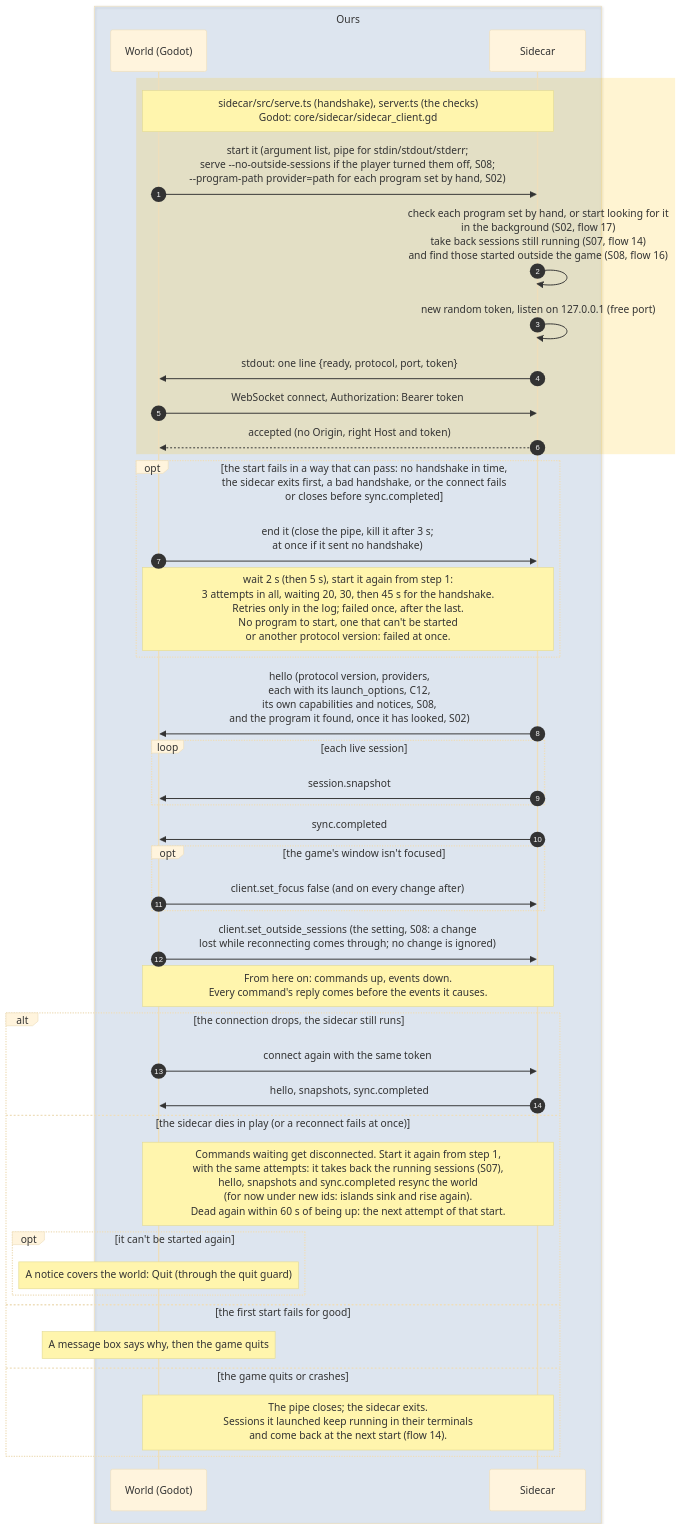
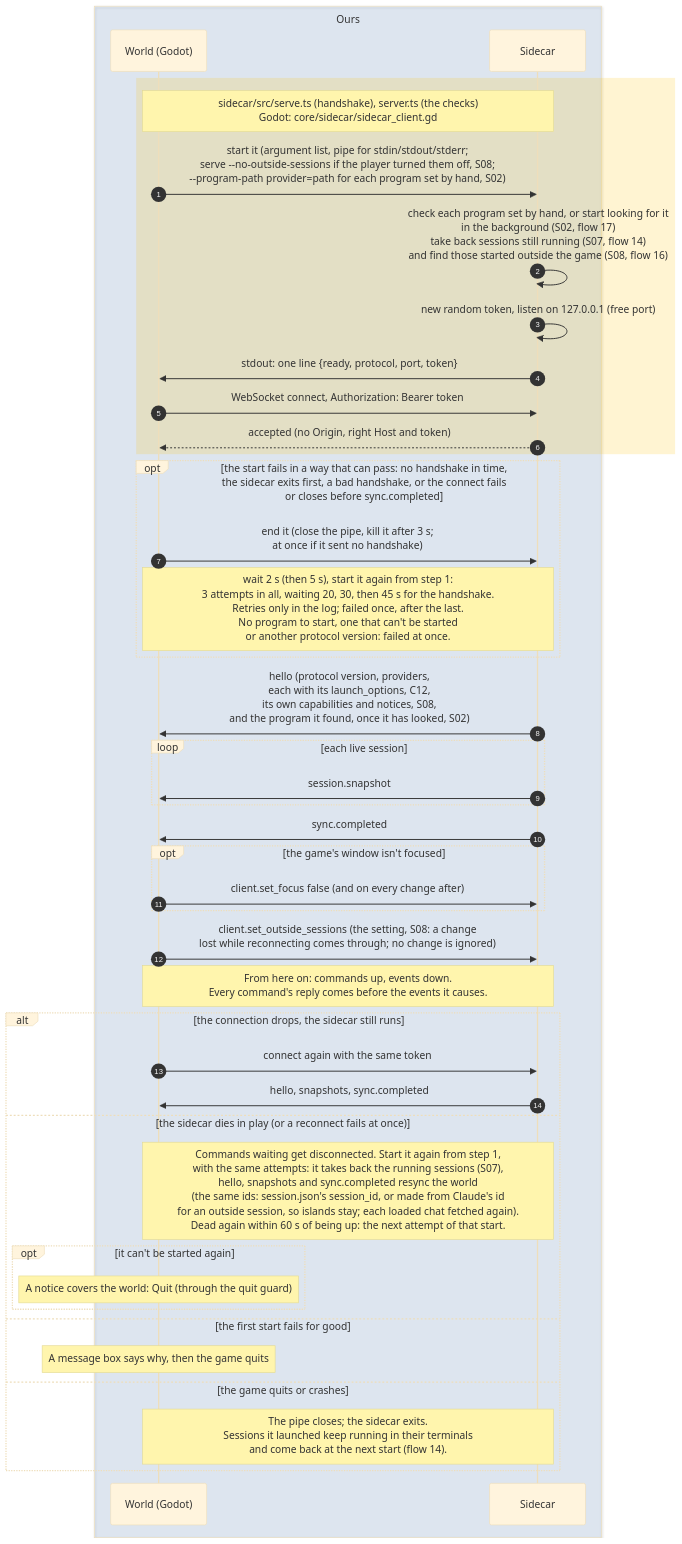
Before and after one commit to PaoloPortugal/The-Beach: the diagram in docs/diagrams/sequence/00-starting-up.md, drawn with Mermaid (base theme). The commit also changed 6 other files, not shown here.

Commit message:
Docs: S01 restart keeps ids; guide, flows 0, 14 and 16, dev log step 2

````diff
--- a/docs/diagrams/sequence/00-starting-up.md
+++ b/docs/diagrams/sequence/00-starting-up.md
@@ -7,46 +7,46 @@
 ```mermaid
 sequenceDiagram
     autonumber
 
     box rgba(47,111,191,0.12) Ours
         participant World as World (Godot)
         participant Sidecar
     end
 
     rect rgba(255,193,7,0.18)
         Note over World,Sidecar: sidecar/src/serve.ts (handshake), server.ts (the checks)<br/>Godot: core/sidecar/sidecar_client.gd
         World->>Sidecar: start it (argument list, pipe for stdin/stdout/stderr#59;<br/>serve --no-outside-sessions if the player turned them off, S08#59;<br/>--program-path provider=path for each program set by hand, S02)
         Sidecar->>Sidecar: check each program set by hand, or start looking for it<br/>in the background (S02, flow 17)<br/>take back sessions still running (S07, flow 14)<br/>and find those started outside the game (S08, flow 16)
         Sidecar->>Sidecar: new random token, listen on 127.0.0.1 (free port)
         Sidecar->>World: stdout: one line {ready, protocol, port, token}
         World->>Sidecar: WebSocket connect, Authorization: Bearer token
         Sidecar-->>World: accepted (no Origin, right Host and token)
     end
     opt the start fails in a way that can pass: no handshake in time,<br/>the sidecar exits first, a bad handshake, or the connect fails<br/>or closes before sync.completed
         World->>Sidecar: end it (close the pipe, kill it after 3 s#59;<br/>at once if it sent no handshake)
         Note over World,Sidecar: wait 2 s (then 5 s), start it again from step 1:<br/>3 attempts in all, waiting 20, 30, then 45 s for the handshake.<br/>Retries only in the log#59; failed once, after the last.<br/>No program to start, one that can't be started<br/>or another protocol version: failed at once.
     end
     Sidecar->>World: hello (protocol version, providers,<br/>each with its launch_options, C12,<br/>its own capabilities and notices, S08,<br/>and the program it found, once it has looked, S02)
     loop each live session
         Sidecar->>World: session.snapshot
     end
     Sidecar->>World: sync.completed
     opt the game's window isn't focused
         World->>Sidecar: client.set_focus false (and on every change after)
     end
     World->>Sidecar: client.set_outside_sessions (the setting, S08: a change<br/>lost while reconnecting comes through#59; no change is ignored)
     Note over World,Sidecar: From here on: commands up, events down.<br/>Every command's reply comes before the events it causes.
     alt the connection drops, the sidecar still runs
         World->>Sidecar: connect again with the same token
         Sidecar->>World: hello, snapshots, sync.completed
     else the sidecar dies in play (or a reconnect fails at once)
-        Note over World,Sidecar: Commands waiting get disconnected. Start it again from step 1,<br/>with the same attempts: it takes back the running sessions (S07),<br/>hello, snapshots and sync.completed resync the world<br/>(for now under new ids: islands sink and rise again).<br/>Dead again within 60 s of being up: the next attempt of that start.
+        Note over World,Sidecar: Commands waiting get disconnected. Start it again from step 1,<br/>with the same attempts: it takes back the running sessions (S07),<br/>hello, snapshots and sync.completed resync the world<br/>(the same ids: session.json's session_id, or made from Claude's id<br/>for an outside session, so islands stay#59; each loaded chat fetched again).<br/>Dead again within 60 s of being up: the next attempt of that start.
         opt it can't be started again
             Note over World: A notice covers the world: Quit (through the quit guard)
         end
     else the first start fails for good
         Note over World: A message box says why, then the game quits
     else the game quits or crashes
         Note over World,Sidecar: The pipe closes#59; the sidecar exits.<br/>Sessions it launched keep running in their terminals<br/>and come back at the next start (flow 14).
     end
 ```
````
